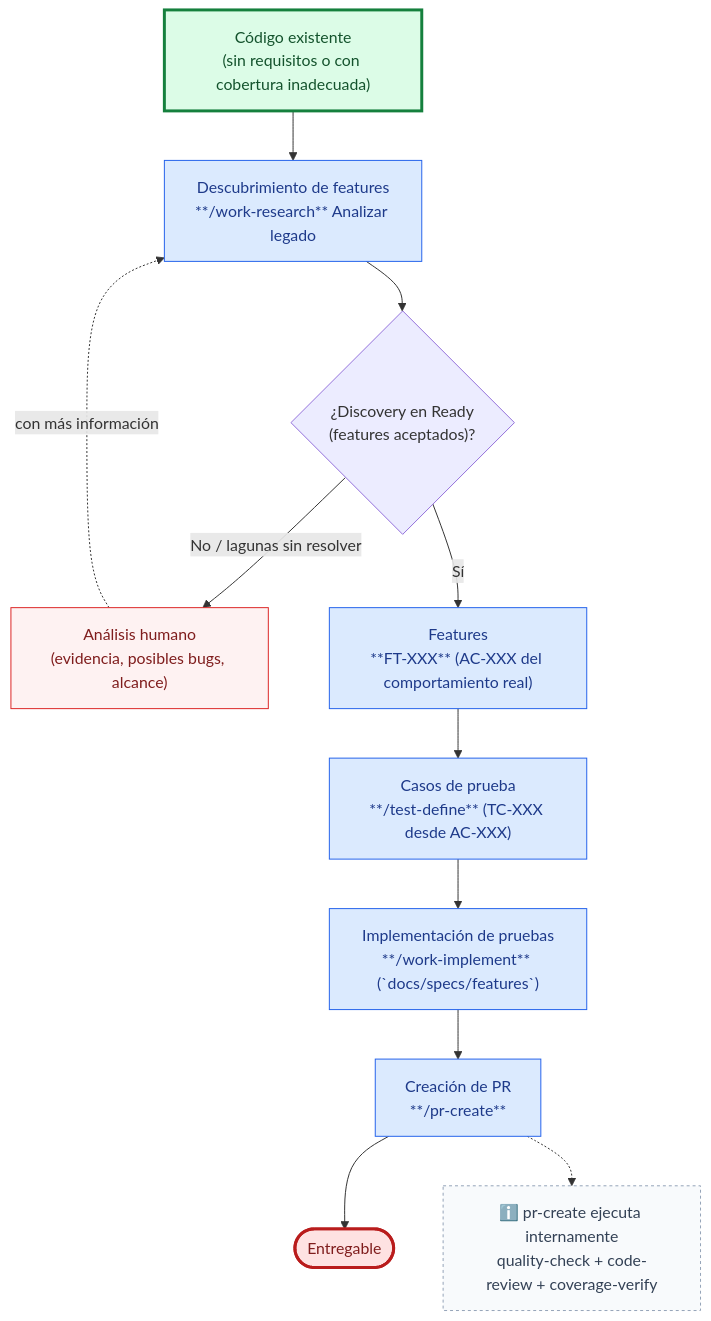
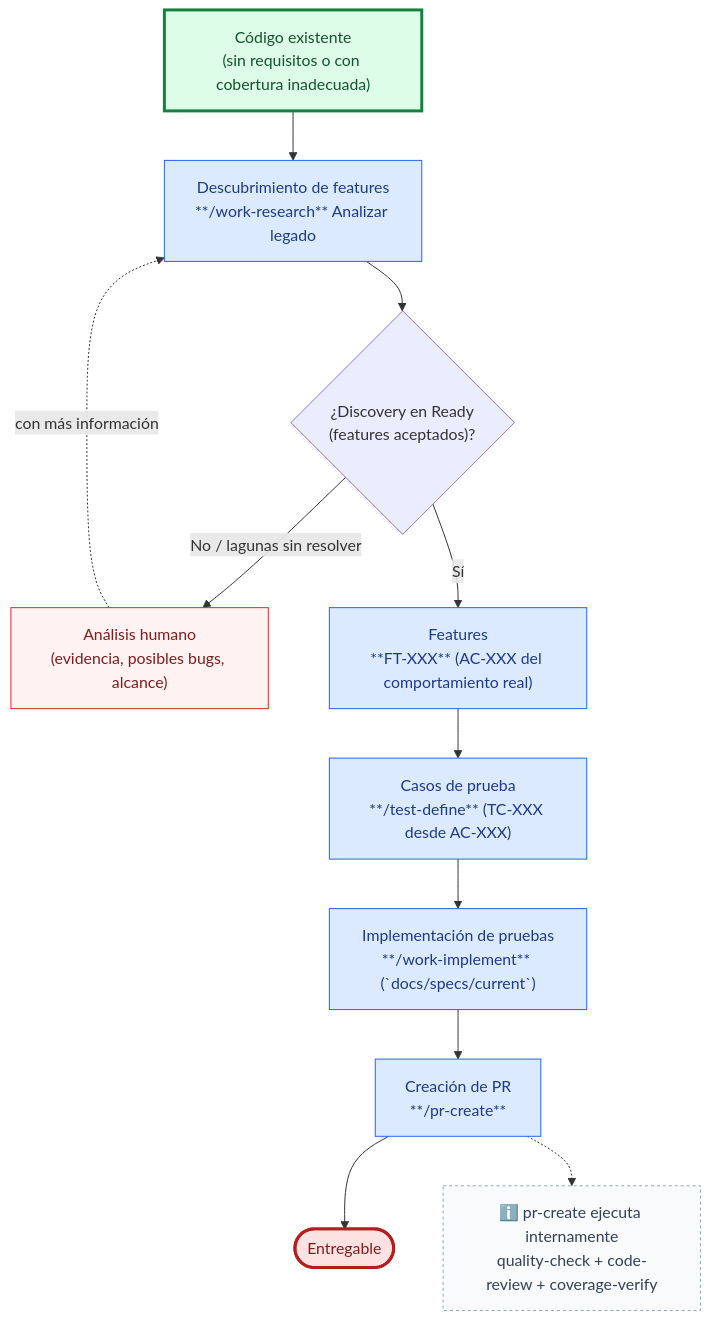
The diagram in docs/use-cases/test-coverage-legacy-code.md (juanca202/sdd-devkit), drawn with Mermaid before and after one commit. The commit also changed other lines of this file and 66 other files, not shown here.

````diff
--- a/docs/use-cases/test-coverage-legacy-code.md
+++ b/docs/use-cases/test-coverage-legacy-code.md
@@ -5,25 +5,25 @@
 ```mermaid
 flowchart TD
     A["Código existente<br/>(sin requisitos o con cobertura inadecuada)"] --> B["Descubrimiento de features<br/>**/work-research** Analizar legado"]
     B --> C{"¿Discovery en Ready<br/>(features aceptados)?"}
     C -->|"No / lagunas sin resolver"| H["Análisis humano<br/>(evidencia, posibles bugs, alcance)"]
     H -.->|"con más información"| B
     C -->|"Sí"| D["Features<br/>**FT-XXX** (AC-XXX del comportamiento real)"]
     D --> E["Casos de prueba<br/>**/test-define** (TC-XXX desde AC-XXX)"]
-    E --> G["Implementación de pruebas<br/>**/work-implement** (`docs/specs/features`)"]
+    E --> G["Implementación de pruebas<br/>**/work-implement** (`docs/specs/current`)"]
     G --> I["Creación de PR<br/>**/pr-create**"]
     I --> J(["Entregable"])
     NOTE["ℹ️ pr-create ejecuta internamente<br/>quality-check + code-review + coverage-verify"]
     I -.-> NOTE
 
     classDef main fill:#dbeafe,stroke:#2563eb,color:#1e3a8a
     classDef human fill:#fef2f2,stroke:#dc2626,color:#7f1d1d
     classDef entryPoint fill:#dcfce7,stroke:#15803d,stroke-width:3px,color:#14532d
     classDef exitPoint fill:#fee2e2,stroke:#b91c1c,stroke-width:3px,color:#7f1d1d
     classDef note fill:#f8fafc,stroke:#94a3b8,stroke-width:1px,stroke-dasharray:3 3,color:#334155
     class B,D,E,G,I main
     class H human
     class A entryPoint
     class J exitPoint
     class NOTE note
 ```
````
